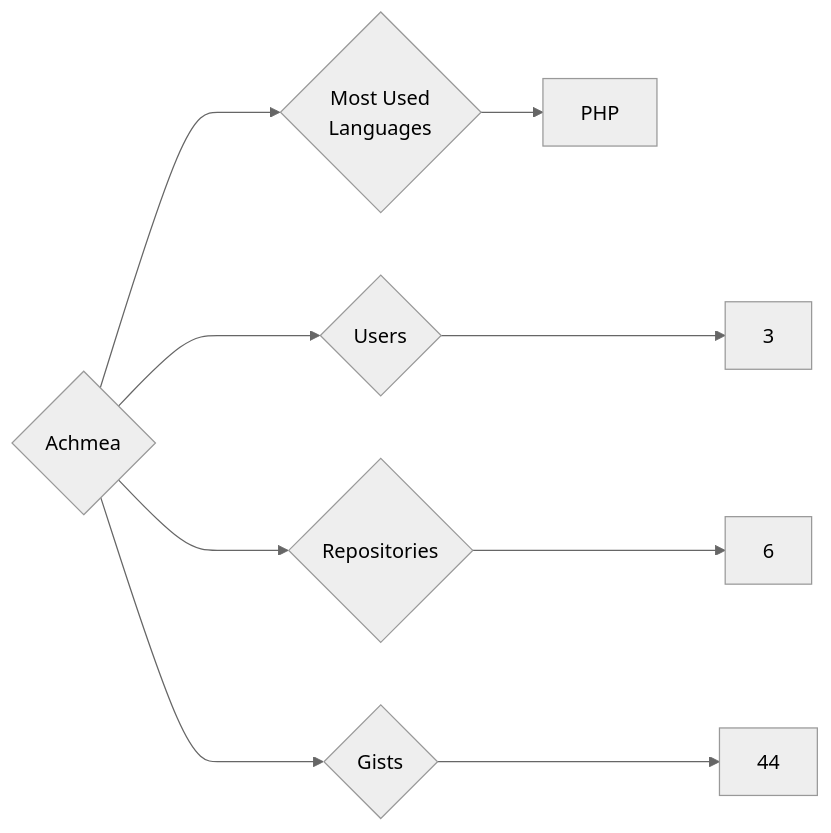
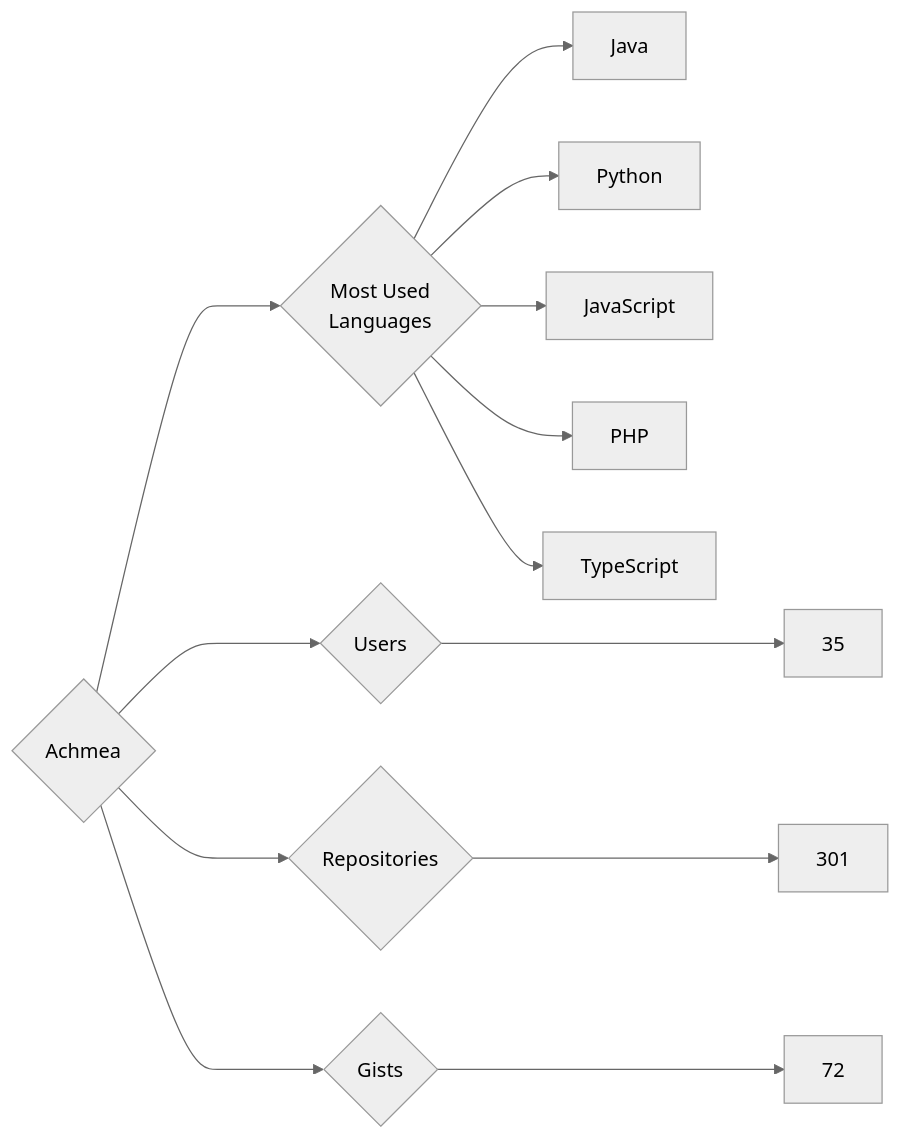
The diagram in targets/Achmea/README.md (trickest/insiders), drawn with Mermaid (neutral theme) before and after one commit. The commit also changed 1314 other files, not shown here.

````diff
--- a/targets/Achmea/README.md
+++ b/targets/Achmea/README.md
@@ -3,9 +3,13 @@
 ```mermaid
 graph LR
 COMPANY_NAME{Achmea}
-COMPANY_NAME ---> U{Users} ---> UN[3]
-COMPANY_NAME ---> R{Repositories} ---> RN[6]
-COMPANY_NAME ---> G{Gists} ---> GN[44]
+COMPANY_NAME ---> U{Users} ---> UN[35]
+COMPANY_NAME ---> R{Repositories} ---> RN[301]
+COMPANY_NAME ---> G{Gists} ---> GN[72]
 COMPANY_NAME ---> ML{Most Used<br>Languages}
+ML --> Java[Java]
+ML --> Python[Python]
+ML --> JavaScript[JavaScript]
 ML --> PHP[PHP]
+ML --> TypeScript[TypeScript]
 ```
````
